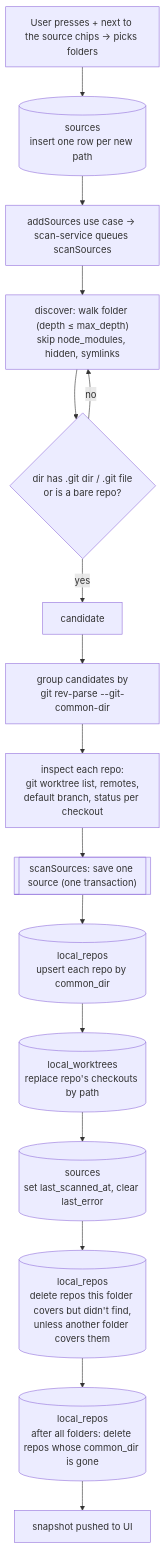
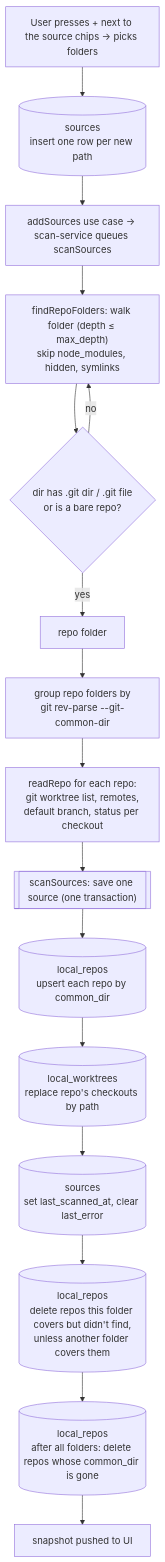
The second of 3 diagrams in src/main/local-repos/db/tables/README.md (idotalmor/the-garage-desktop-rn), drawn with Mermaid before and after one commit. The commit also changed 13 other files, not shown here.

Commit message:
Scanner: index.ts entry (scanSource, rereadRepo), find-repo-folders, read-repo, scanner/concurrency; scan-service uses p-queue, lodash.debounce, EventEmitter

````diff
--- a/src/main/local-repos/db/tables/README.md
+++ b/src/main/local-repos/db/tables/README.md
@@ -95,18 +95,18 @@
 ```mermaid
 flowchart TD
   A[User presses + next to the source chips → picks folders] --> B[(sources<br/>insert one row per new path)]
   B --> C[addSources use case → scan-service queues scanSources]
-  C --> D["discover: walk folder (depth ≤ max_depth)<br/>skip node_modules, hidden, symlinks"]
+  C --> D["findRepoFolders: walk folder (depth ≤ max_depth)<br/>skip node_modules, hidden, symlinks"]
   D --> E{"dir has .git dir / .git file<br/>or is a bare repo?"}
   E -- no --> D
-  E -- yes --> F[candidate]
-  F --> G["group candidates by<br/>git rev-parse --git-common-dir"]
-  G --> H["inspect each repo:<br/>git worktree list, remotes,<br/>default branch, status per checkout"]
+  E -- yes --> F[repo folder]
+  F --> G["group repo folders by<br/>git rev-parse --git-common-dir"]
+  G --> H["readRepo for each repo:<br/>git worktree list, remotes,<br/>default branch, status per checkout"]
   H --> I[["scanSources: save one source (one transaction)"]]
   I --> I2[(local_repos<br/>upsert each repo by common_dir)]
   I2 --> I4[(local_worktrees<br/>replace repo's checkouts by path)]
   I4 --> I5[(sources<br/>set last_scanned_at, clear last_error)]
   I5 --> I6[(local_repos<br/>delete repos this folder covers but didn't find,<br/>unless another folder covers them)]
   I6 --> I7[(local_repos<br/>after all folders: delete repos whose common_dir is gone)]
   I7 --> J[snapshot pushed to UI]
 ```
````
